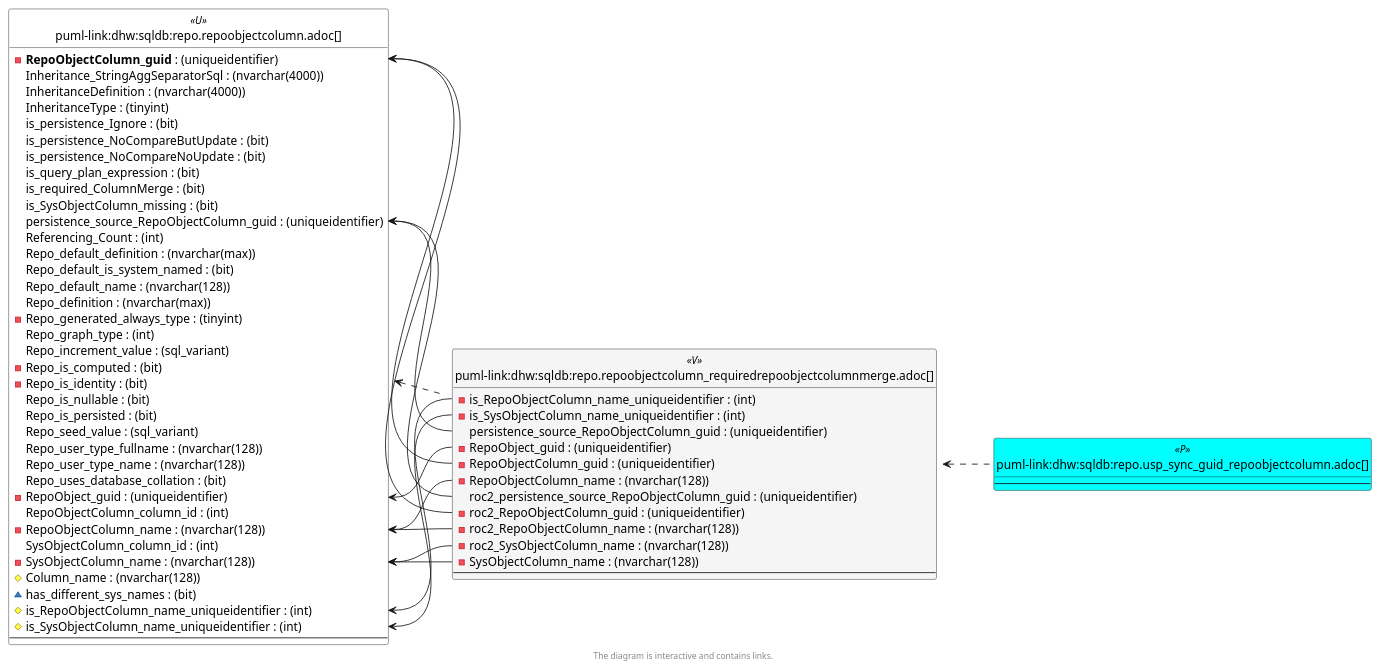
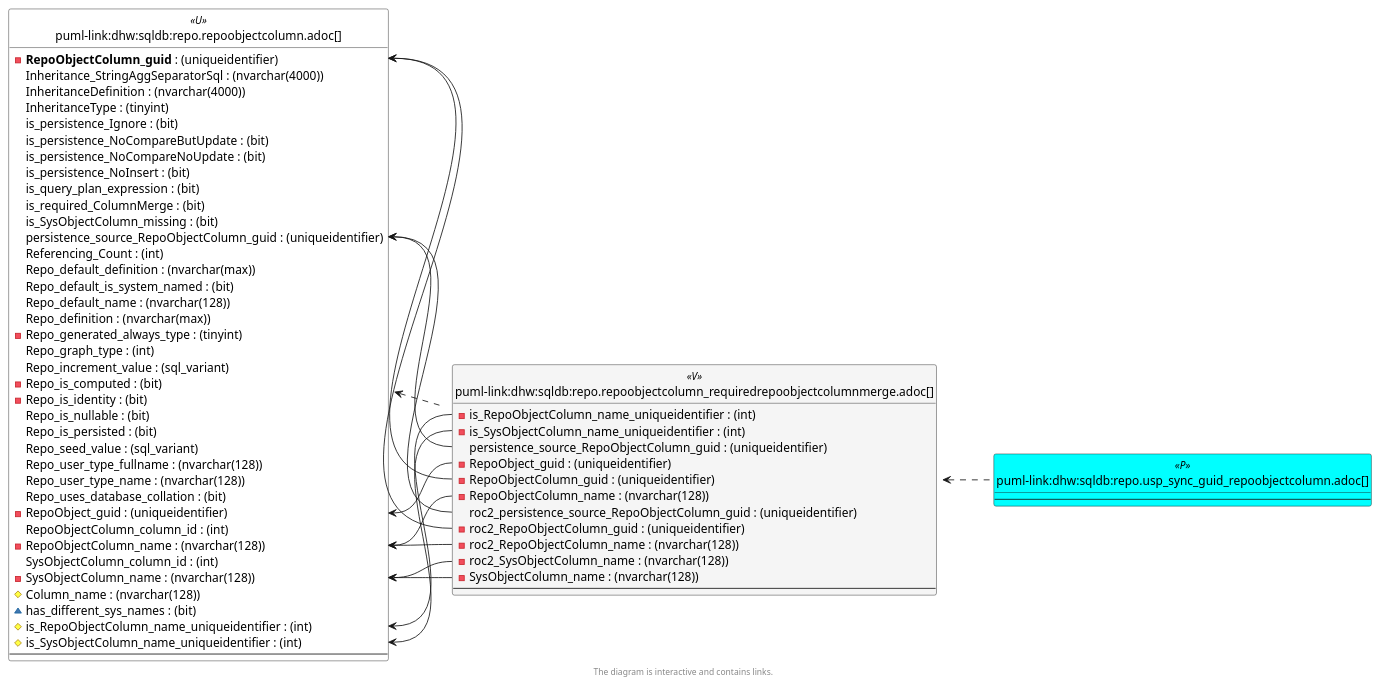
One commit to DataHandwerk/dhw-antora-sqldb changed the sixth of 6 diagrams in docs/modules/sqldb/partials/content/repo.repoobjectcolumn_requiredrepoobjectcolumnmerge.adoc. Above: the diagram before and after it, drawn with PlantUML. The commit also changed 701 other files, not shown here.

```diff
--- a/docs/modules/sqldb/partials/content/repo.repoobjectcolumn_requiredrepoobjectcolumnmerge.adoc
+++ b/docs/modules/sqldb/partials/content/repo.repoobjectcolumn_requiredrepoobjectcolumnmerge.adoc
@@ -1530,6 +1530,7 @@
   is_persistence_Ignore : (bit)
   is_persistence_NoCompareButUpdate : (bit)
   is_persistence_NoCompareNoUpdate : (bit)
+  is_persistence_NoInsert : (bit)
   is_query_plan_expression : (bit)
   is_required_ColumnMerge : (bit)
   is_SysObjectColumn_missing : (bit)
@@ -1590,10 +1591,10 @@
 "repo.RepoObjectColumn::RepoObject_guid" <-- "repo.RepoObjectColumn_RequiredRepoObjectColumnMerge::RepoObject_guid"
 "repo.RepoObjectColumn::RepoObjectColumn_guid" <-- "repo.RepoObjectColumn_RequiredRepoObjectColumnMerge::RepoObjectColumn_guid"
 "repo.RepoObjectColumn::RepoObjectColumn_guid" <-- "repo.RepoObjectColumn_RequiredRepoObjectColumnMerge::roc2_RepoObjectColumn_guid"
+"repo.RepoObjectColumn::RepoObjectColumn_name" <-- "repo.RepoObjectColumn_RequiredRepoObjectColumnMerge::RepoObjectColumn_name"
 "repo.RepoObjectColumn::RepoObjectColumn_name" <-- "repo.RepoObjectColumn_RequiredRepoObjectColumnMerge::roc2_RepoObjectColumn_name"
-"repo.RepoObjectColumn::RepoObjectColumn_name" <-- "repo.RepoObjectColumn_RequiredRepoObjectColumnMerge::RepoObjectColumn_name"
+"repo.RepoObjectColumn::SysObjectColumn_name" <-- "repo.RepoObjectColumn_RequiredRepoObjectColumnMerge::roc2_SysObjectColumn_name"
 "repo.RepoObjectColumn::SysObjectColumn_name" <-- "repo.RepoObjectColumn_RequiredRepoObjectColumnMerge::SysObjectColumn_name"
-"repo.RepoObjectColumn::SysObjectColumn_name" <-- "repo.RepoObjectColumn_RequiredRepoObjectColumnMerge::roc2_SysObjectColumn_name"
 
 footer The diagram is interactive and contains links.
 
```
